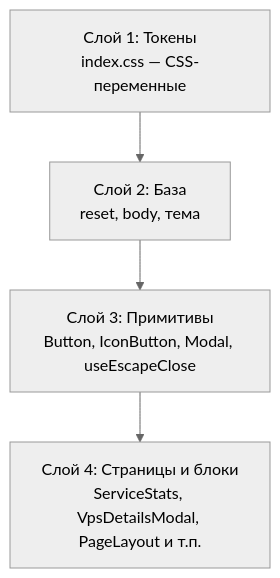
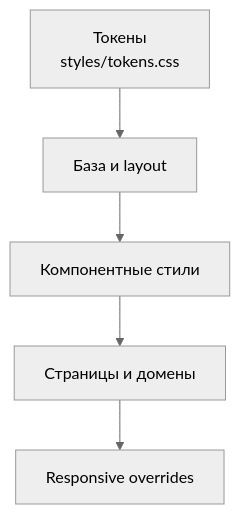
One commit to rybnikov-aa/family changed the diagram in docs/layers/design-system.md. Above: the diagram before and after it, drawn with Mermaid (neutral theme). The commit also changed other lines of this file and 32 other files, not shown here.

First line of the commit message:
feat: add styles for diary event page, renovation modals, and print reports

````diff
--- a/docs/layers/design-system.md
+++ b/docs/layers/design-system.md
@@ -11,6 +11,7 @@
 ```mermaid
 graph TD
-    A["Слой 1: Токены<br/>index.css — CSS-переменные"] --> B["Слой 2: База<br/>reset, body, тема"]
-    B --> C["Слой 3: Примитивы<br/>Button, IconButton, Modal, useEscapeClose"]
-    C --> D["Слой 4: Страницы и блоки<br/>ServiceStats, VpsDetailsModal, PageLayout и т.п."]
+    A["Токены<br/>styles/tokens.css"] --> B["База и layout"]
+    B --> C["Компонентные стили"]
+    C --> D["Страницы и домены"]
+    D --> E["Responsive overrides"]
 ```
````
